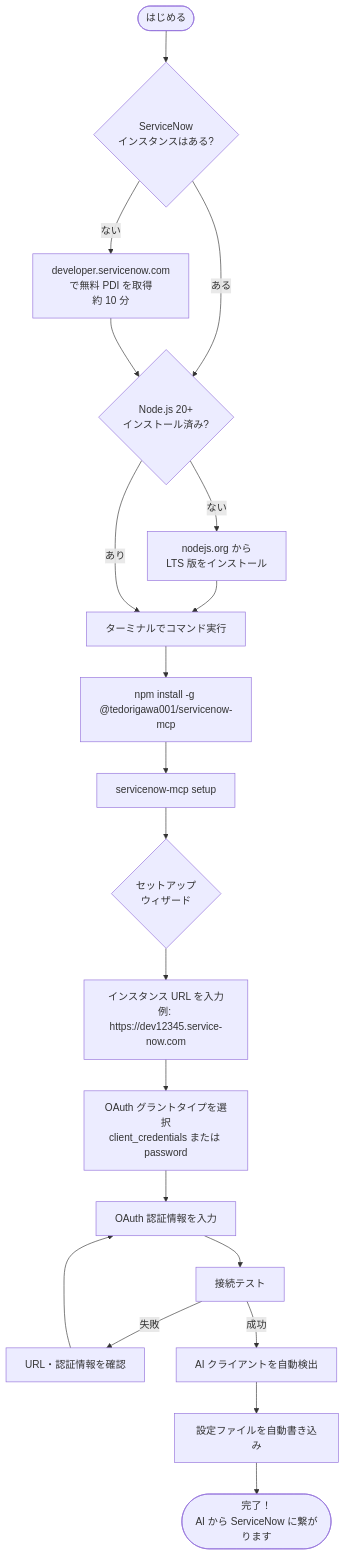
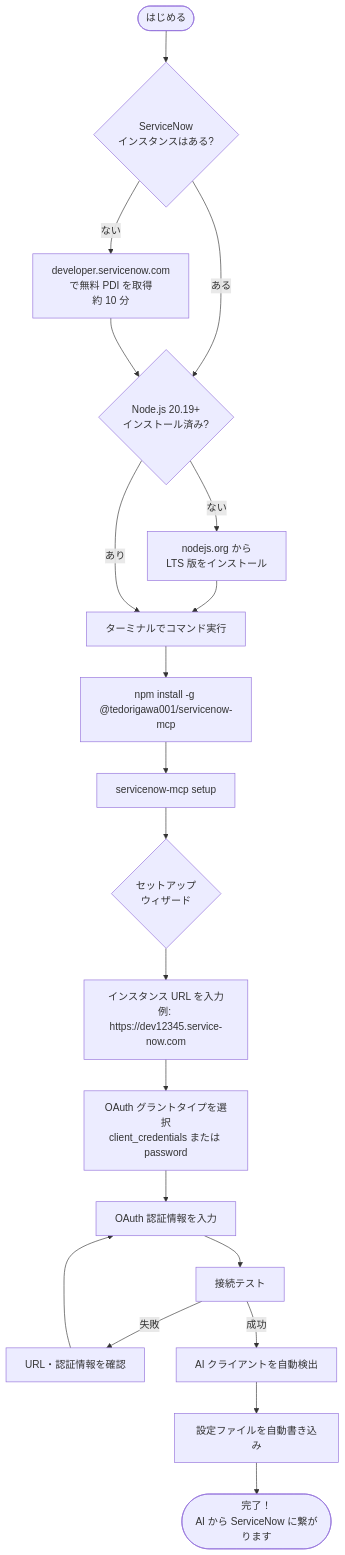
Before and after one commit to tedorigawa001/ServiceNow-MCP: the third of 10 diagrams in README.md, drawn with Mermaid. The commit also changed other lines of this file and 11 other files, not shown here.

````diff
--- a/README.md
+++ b/README.md
@@ -106,23 +106,23 @@
 ```mermaid
 flowchart TD
     A([はじめる]) --> B{ServiceNow\nインスタンスはある?}
     B -->|ない| C[developer.servicenow.com\nで無料 PDI を取得\n約 10 分]
     B -->|ある| D
-    C --> D{Node.js 20+\nインストール済み?}
+    C --> D{Node.js 20.19+\nインストール済み?}
     D -->|ない| E[nodejs.org から\nLTS 版をインストール]
     E --> F
     D -->|あり| F[ターミナルでコマンド実行]
 
     F --> G["npm install -g @tedorigawa001/servicenow-mcp"]
     G --> H["servicenow-mcp setup"]
     H --> I{セットアップ\nウィザード}
     I --> J[インスタンス URL を入力\n例: https://dev12345.service-now.com]
     J --> K[OAuth グラントタイプを選択\nclient_credentials または password]
     K --> L[OAuth 認証情報を入力]
     L --> M[接続テスト]
     M -->|失敗| N[URL・認証情報を確認]
     N --> L
     M -->|成功| O[AI クライアントを自動検出]
     O --> P[設定ファイルを自動書き込み]
     P --> Q([完了！\nAI から ServiceNow に繋がります])
 ```
````
